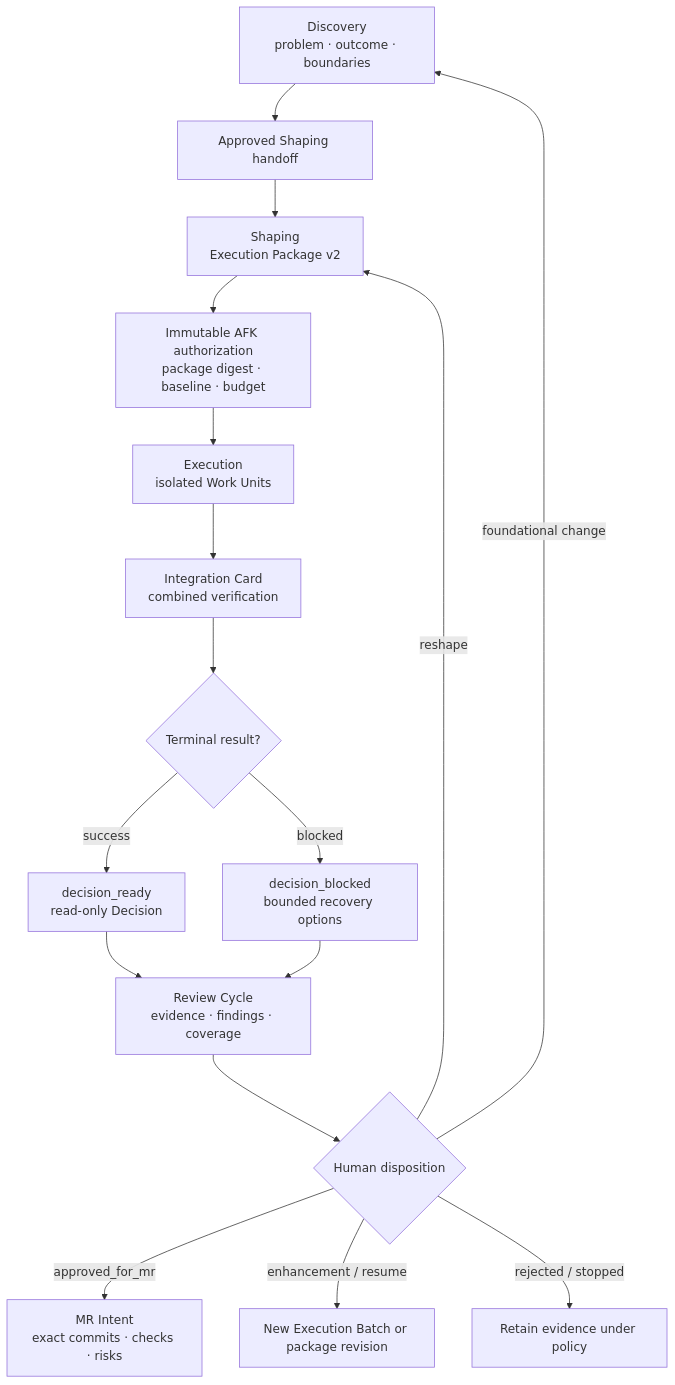
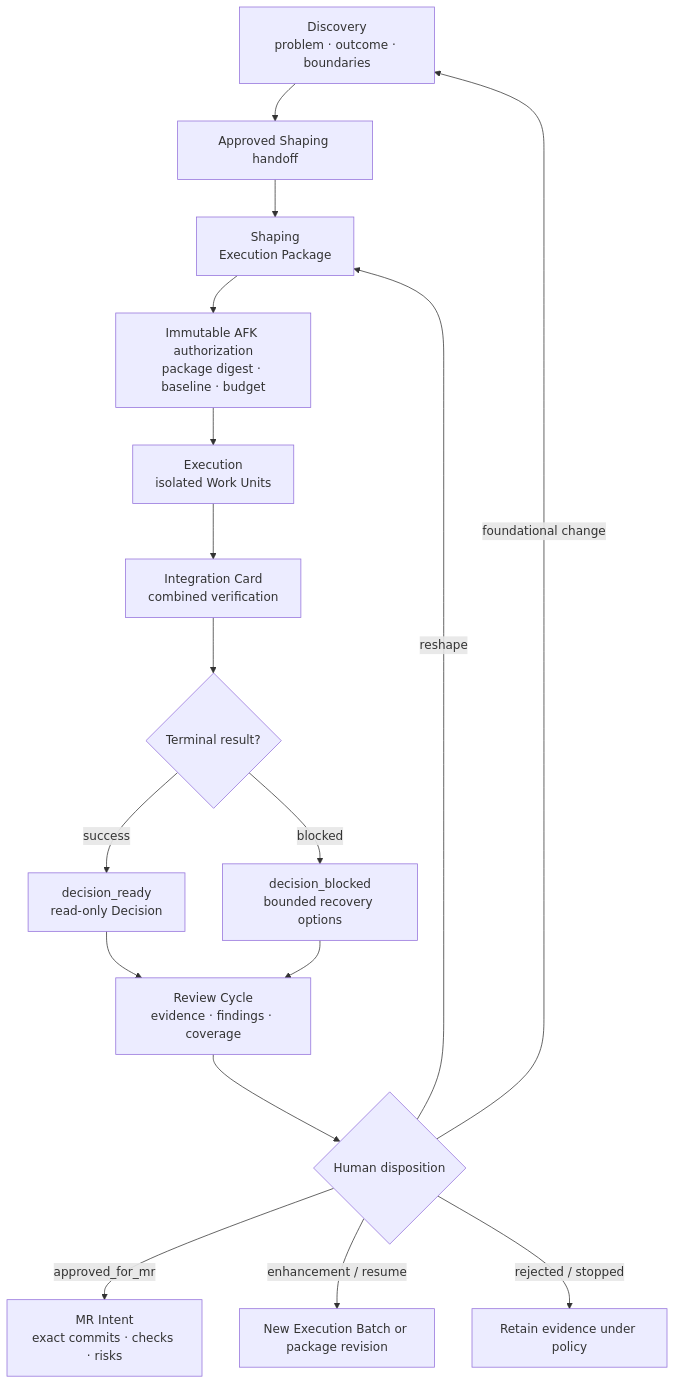
One commit to ginn1111/ginflow changed the diagram in docs/architecture/ginflow-flow.md. Above: the diagram before and after it, drawn with Mermaid. The commit also changed other lines of this file and 9 other files, not shown here.

Commit message:
docs(architecture): drop versioned wording; sync hooks, trace, core loader, unwired modules

````diff
--- a/docs/architecture/ginflow-flow.md
+++ b/docs/architecture/ginflow-flow.md
@@ -69,19 +81,19 @@
 ```mermaid
 flowchart TD
     discovery["Discovery<br/>problem · outcome · boundaries"] --> handoff["Approved Shaping handoff"]
-    handoff --> shaping["Shaping<br/>Execution Package v2"]
+    handoff --> shaping["Shaping<br/>Execution Package"]
     shaping --> auth["Immutable AFK authorization<br/>package digest · baseline · budget"]
     auth --> units["Execution<br/>isolated Work Units"]
     units --> integration["Integration Card<br/>combined verification"]
     integration --> ready{"Terminal result?"}
     ready -- "success" --> decisionReady["decision_ready<br/>read-only Decision"]
     ready -- "blocked" --> decisionBlocked["decision_blocked<br/>bounded recovery options"]
     decisionReady --> review["Review Cycle<br/>evidence · findings · coverage"]
     decisionBlocked --> review
     review --> disposition{"Human disposition"}
     disposition -- "approved_for_mr" --> intent["MR Intent<br/>exact commits · checks · risks"]
     disposition -- "enhancement / resume" --> followup["New Execution Batch or package revision"]
     disposition -- "reshape" --> shaping
     disposition -- "foundational change" --> discovery
     disposition -- "rejected / stopped" --> archive["Retain evidence under policy"]
 ```
````
